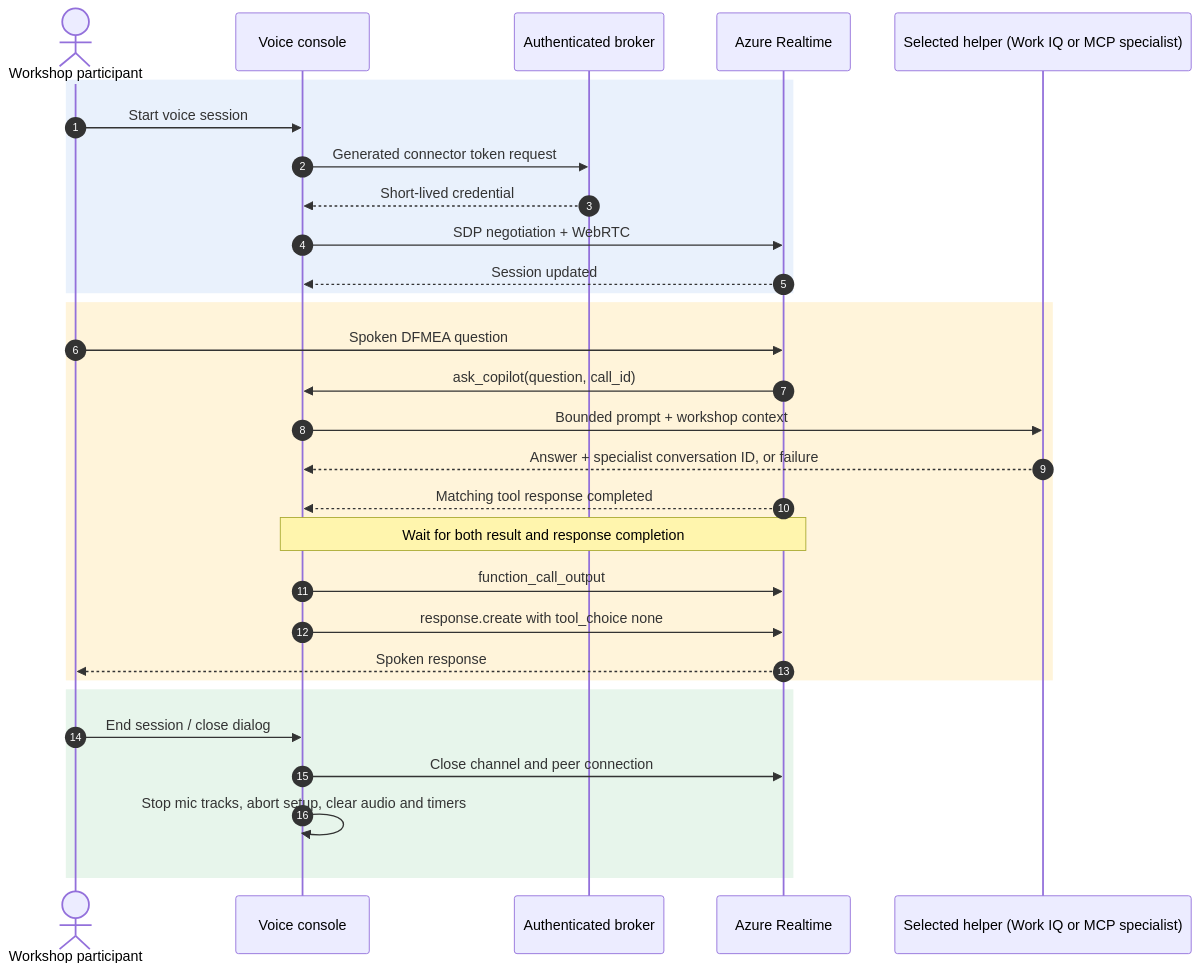
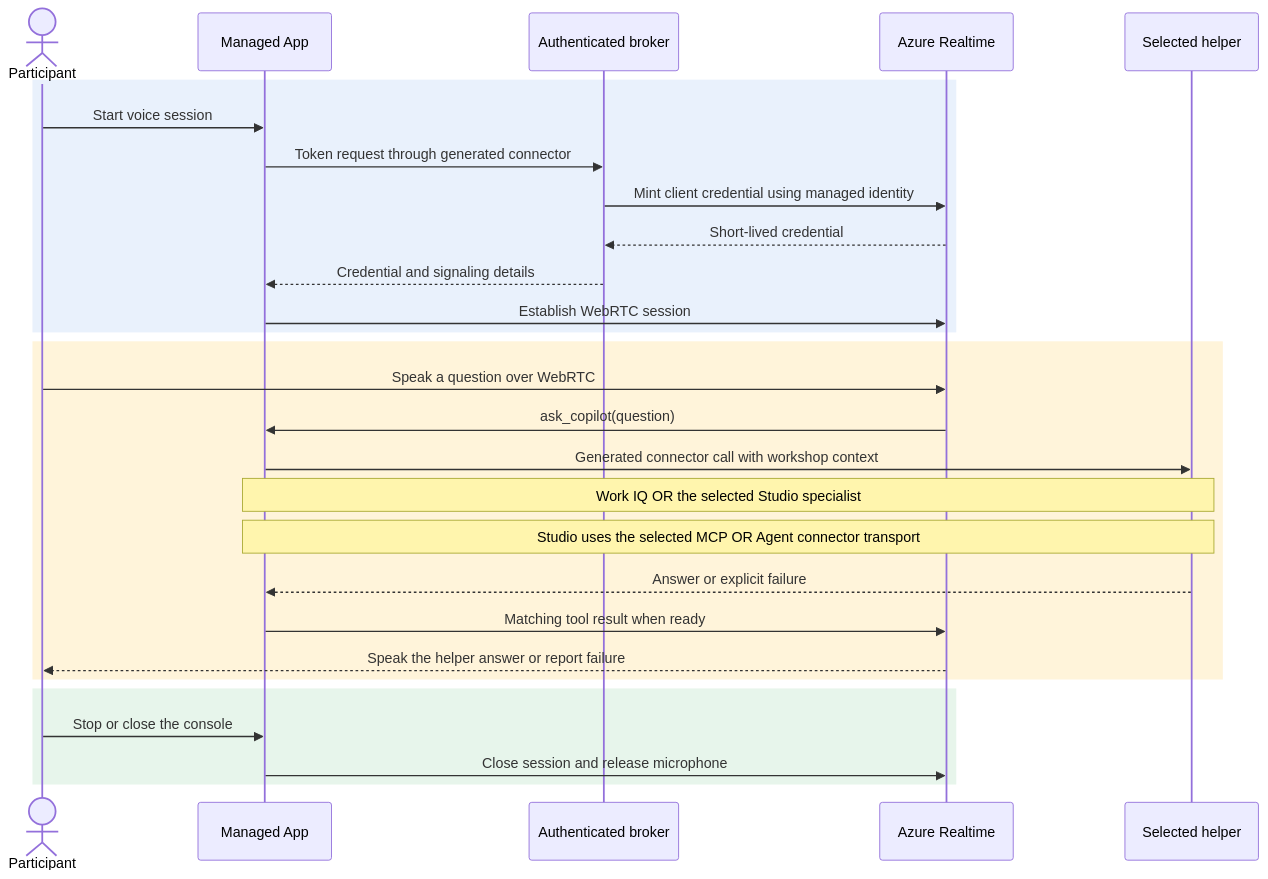
One commit to Roelzz/code_app_voice changed the second of 2 diagrams in README.md. Above: the diagram before and after it, drawn with Mermaid. The commit also changed other lines of this file and 1 other file, not shown here.

Commit message:
docs: explain selectable specialist transports

````diff
--- a/README.md
+++ b/README.md
@@ -190,32 +88,30 @@
 ```mermaid
 sequenceDiagram
-    autonumber
-    actor User as Workshop participant
-    participant UI as Voice console
+    actor User as Participant
+    participant App as Managed App
     participant Broker as Authenticated broker
     participant RT as Azure Realtime
-    participant IQ as Selected helper (Work IQ or MCP specialist)
+    participant Helper as Selected helper
     rect rgb(233, 241, 252)
-        User->>UI: Start voice session
-        UI->>Broker: Generated connector token request
-        Broker-->>UI: Short-lived credential
-        UI->>RT: SDP negotiation + WebRTC
-        RT-->>UI: Session updated
+        User->>App: Start voice session
+        App->>Broker: Token request through generated connector
+        Broker->>RT: Mint client credential using managed identity
+        RT-->>Broker: Short-lived credential
+        Broker-->>App: Credential and signaling details
+        App->>RT: Establish WebRTC session
     end
     rect rgb(255, 244, 218)
-        User->>RT: Spoken DFMEA question
-        RT->>UI: ask_copilot(question, call_id)
-        UI->>IQ: Bounded prompt + workshop context
-        IQ-->>UI: Answer + specialist conversation ID, or failure
-        RT-->>UI: Matching tool response completed
-        Note over UI,RT: Wait for both result and response completion
-        UI->>RT: function_call_output
-        UI->>RT: response.create with tool_choice none
-        RT-->>User: Spoken response
+        User->>RT: Speak a question over WebRTC
+        RT->>App: ask_copilot(question)
+        App->>Helper: Generated connector call with workshop context
+        Note over App,Helper: Work IQ OR the selected Studio specialist
+        Note over App,Helper: Studio uses the selected MCP OR Agent connector transport
+        Helper-->>App: Answer or explicit failure
+        App->>RT: Matching tool result when ready
+        RT-->>User: Speak the helper answer or report failure
     end
     rect rgb(231, 245, 235)
-        User->>UI: End session / close dialog
-        UI->>RT: Close channel and peer connection
-        UI->>UI: Stop mic tracks, abort setup, clear audio and timers
+        User->>App: Stop or close the console
+        App->>RT: Close session and release microphone
     end
 ```
````
